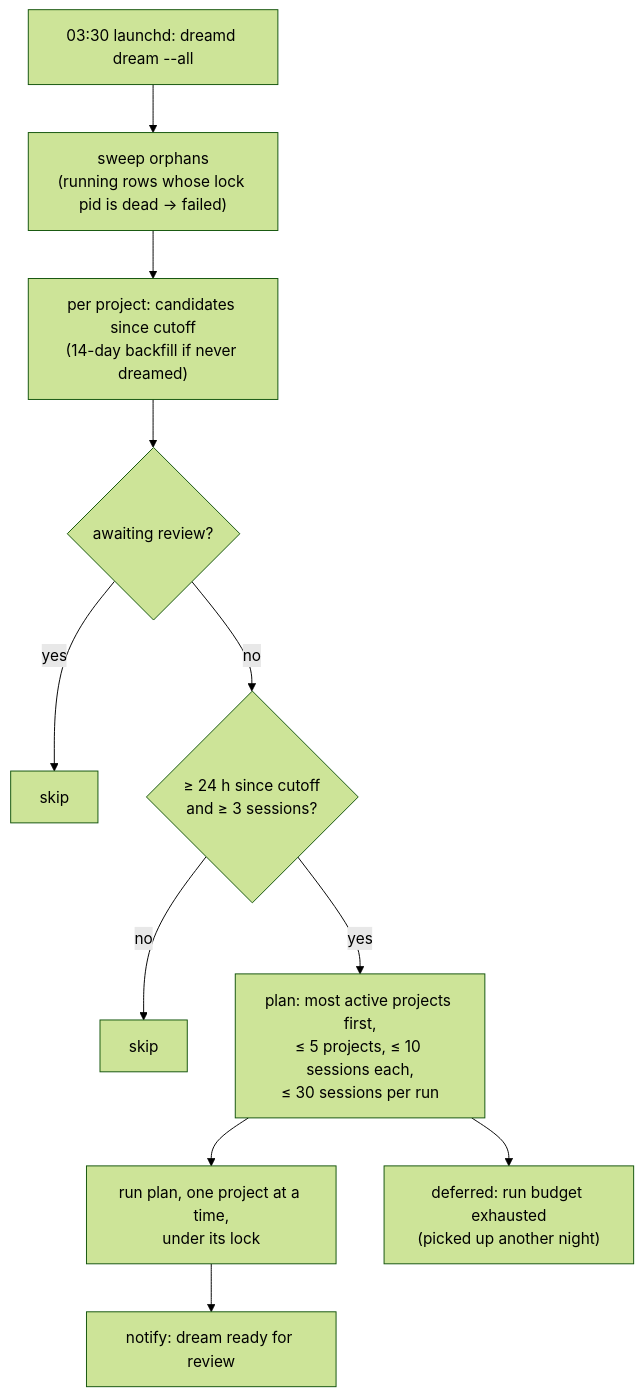
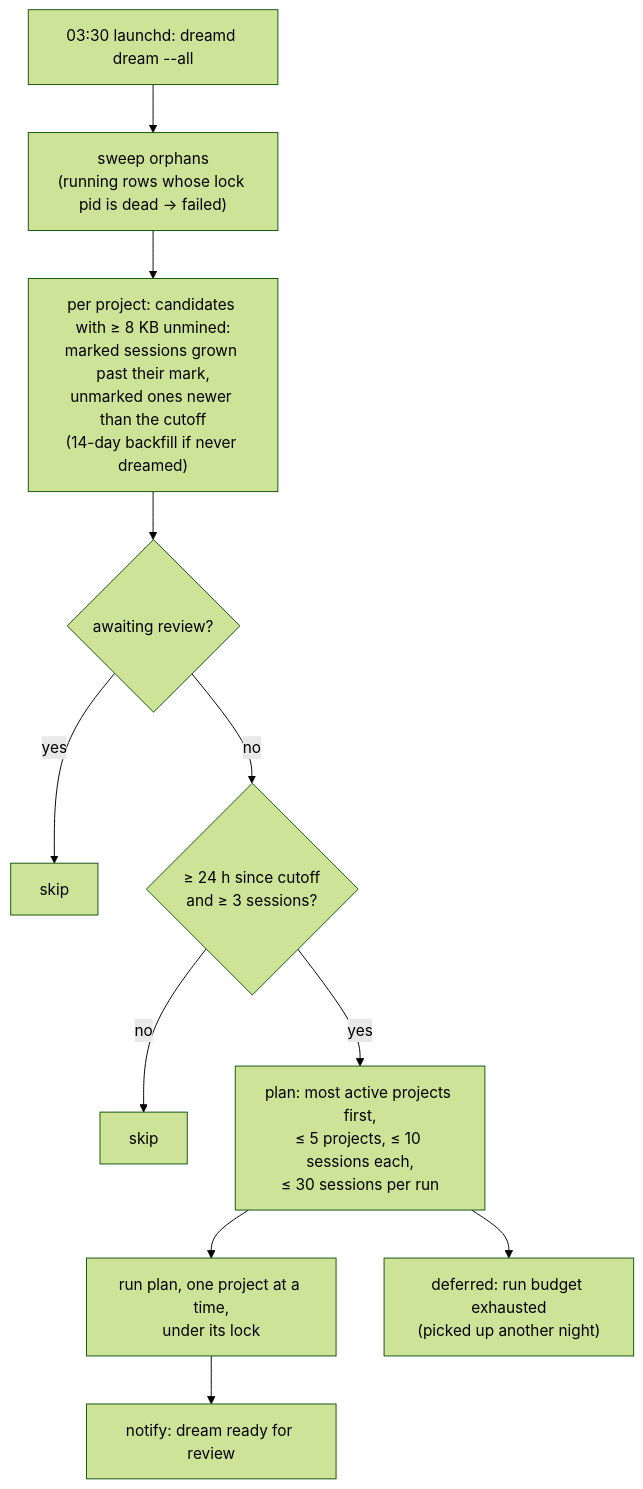
One commit to Dev916/dreamd changed the fifth of 5 diagrams in docs/inspiration-and-design.md. Above: the diagram before and after it, drawn with Mermaid (forest theme). The commit also changed other lines of this file and 2 other files, not shown here.

````diff
--- a/docs/inspiration-and-design.md
+++ b/docs/inspiration-and-design.md
@@ -119,14 +125,14 @@
 ```mermaid
 flowchart TD
     N["03:30 launchd: dreamd dream --all"]
     N --> SW["sweep orphans<br/>(running rows whose lock pid is dead → failed)"]
-    SW --> P["per project: candidates since cutoff<br/>(14-day backfill if never dreamed)"]
+    SW --> P["per project: candidates with ≥ 8 KB unmined:<br/>marked sessions grown past their mark,<br/>unmarked ones newer than the cutoff<br/>(14-day backfill if never dreamed)"]
     P --> G1{"awaiting review?"}
     G1 -- yes --> SK1["skip"]
     G1 -- no --> G2{"≥ 24 h since cutoff<br/>and ≥ 3 sessions?"}
     G2 -- no --> SK2["skip"]
     G2 -- yes --> PLAN["plan: most active projects first,<br/>≤ 5 projects, ≤ 10 sessions each,<br/>≤ 30 sessions per run"]
     PLAN --> RUN["run plan, one project at a time,<br/>under its lock"]
     PLAN --> DEF["deferred: run budget exhausted<br/>(picked up another night)"]
     RUN --> NOTE["notify: dream ready for review"]
 ```
````
